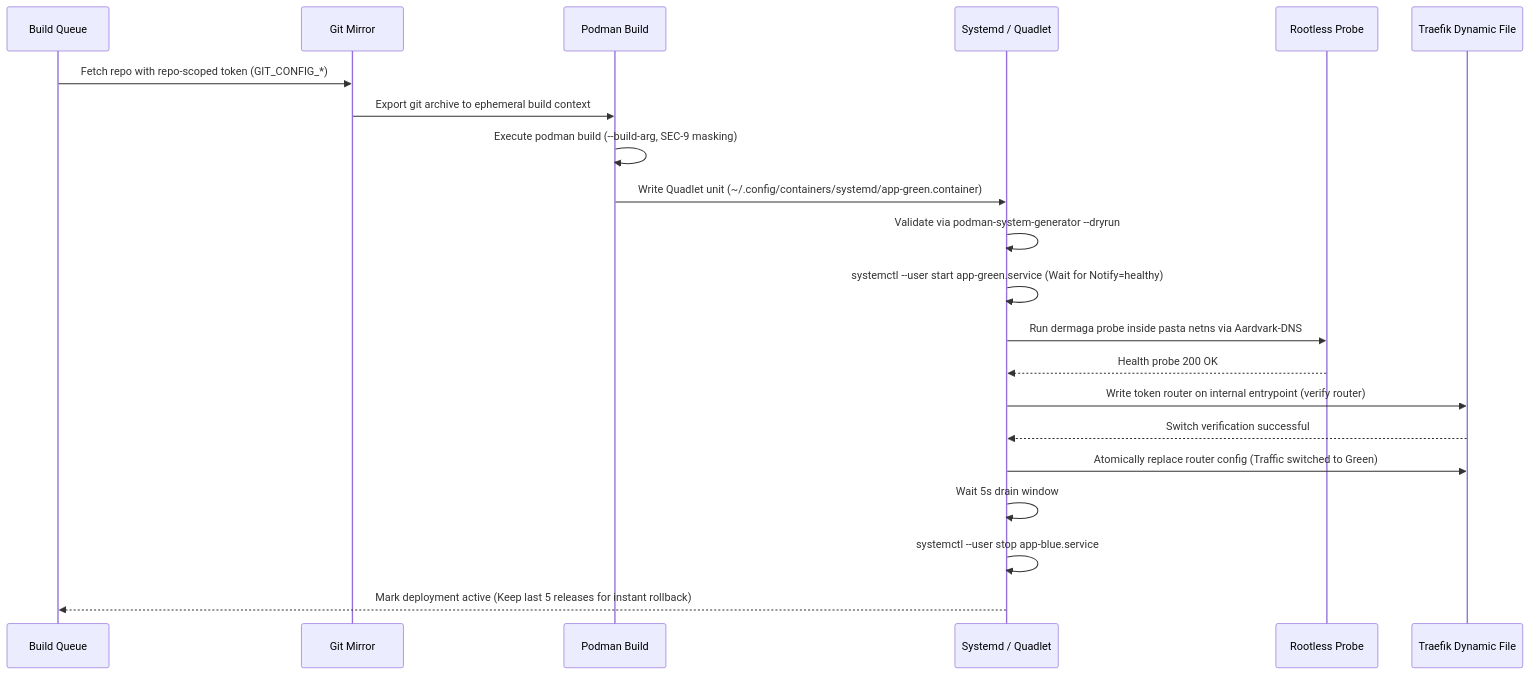
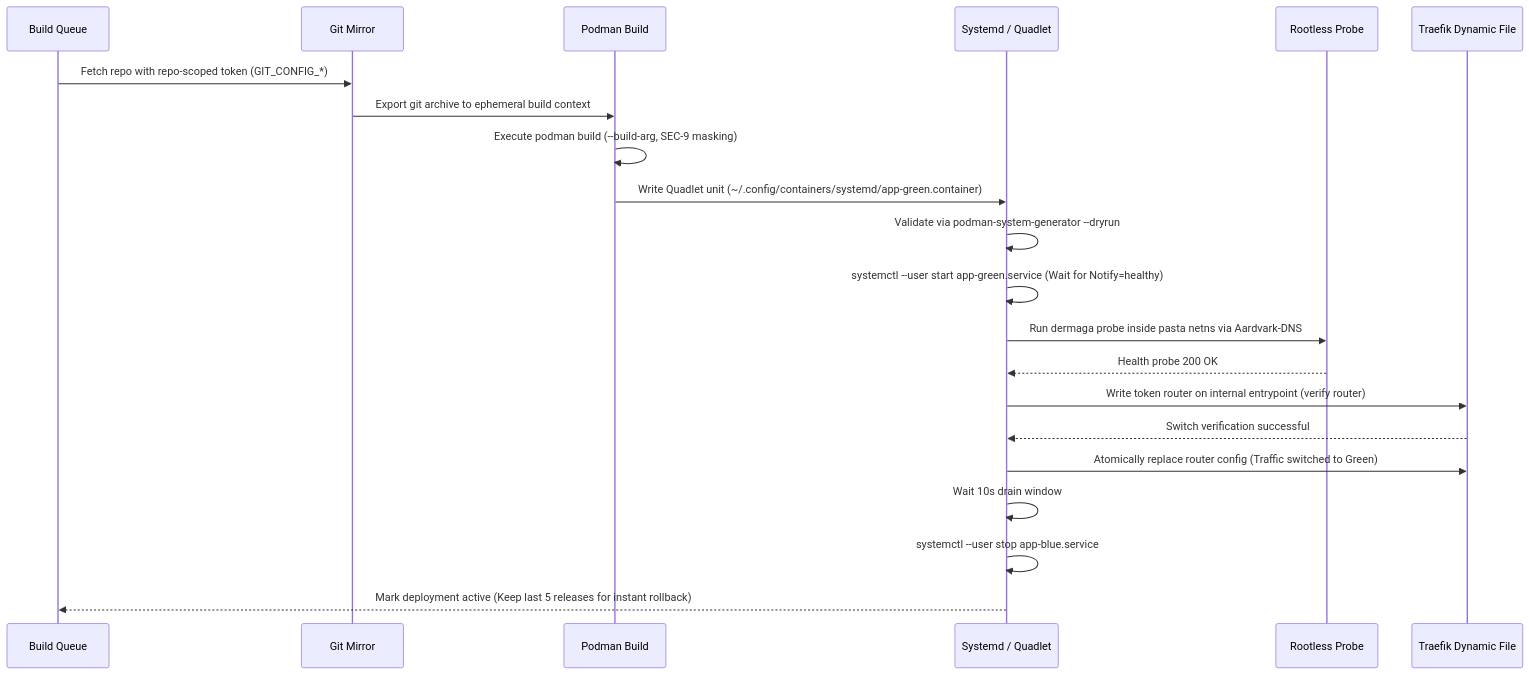
Before and after one commit to r3p-dev/dermaga: the second of 2 diagrams in docs/ARCHITECTURE.md, drawn with Mermaid. The commit also changed other lines of this file, not shown here.

First line of the commit message:
docs: resolve M0 verification markers and align drain window

````diff
--- a/docs/ARCHITECTURE.md
+++ b/docs/ARCHITECTURE.md
@@ -326,24 +326,24 @@
 ```mermaid
 sequenceDiagram
     participant Q as Build Queue
     participant G as Git Mirror
     participant B as Podman Build
     participant S as Systemd / Quadlet
     participant P as Rootless Probe
     participant T as Traefik Dynamic File
 
     Q->>G: Fetch repo with repo-scoped token (GIT_CONFIG_*)
     G->>B: Export git archive to ephemeral build context
     B->>B: Execute podman build (--build-arg, SEC-9 masking)
     B->>S: Write Quadlet unit (~/.config/containers/systemd/app-green.container)
     S->>S: Validate via podman-system-generator --dryrun
     S->>S: systemctl --user start app-green.service (Wait for Notify=healthy)
     S->>P: Run dermaga probe inside pasta netns via Aardvark-DNS
     P-->>S: Health probe 200 OK
     S->>T: Write token router on internal entrypoint (verify router)
     T-->>S: Switch verification successful
     S->>T: Atomically replace router config (Traffic switched to Green)
-    S->>S: Wait 5s drain window
+    S->>S: Wait 10s drain window
     S->>S: systemctl --user stop app-blue.service
     S-->>Q: Mark deployment active (Keep last 5 releases for instant rollback)
 ```
````
